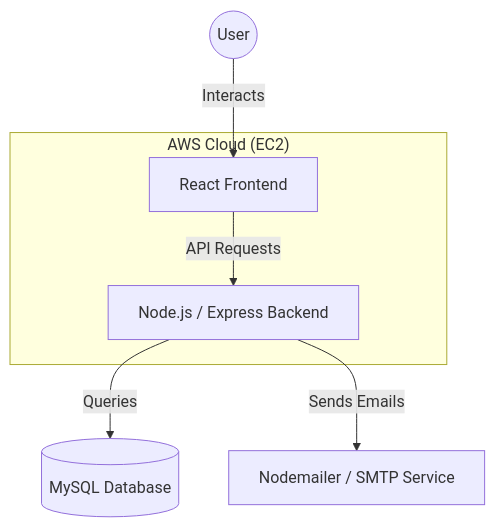
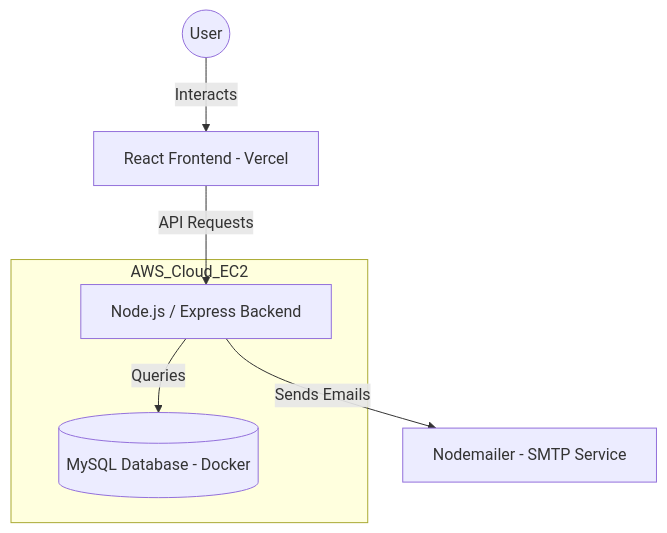
Before and after one commit to Kalash-Harchandani/calcom-scheduling-platform: the diagram in README.md, drawn with Mermaid. The commit also changed other lines of this file, not shown here.

````diff
--- a/README.md
+++ b/README.md
@@ -35,12 +36,13 @@
 ```mermaid
 graph TD
-    User((User)) -->|Interacts| Client[React Frontend]
+    User((User)) -->|Interacts| Client[React Frontend - Vercel]
     Client -->|API Requests| API[Node.js / Express Backend]
-    API -->|Queries| DB[(MySQL Database)]
-    API -->|Sends Emails| SMTP[Nodemailer / SMTP Service]
-    
-    subgraph "AWS Cloud (EC2)"
-        Client
+
+    subgraph AWS_Cloud_EC2
         API
+        DB[(MySQL Database - Docker)]
     end
+
+    API -->|Queries| DB
+    API -->|Sends Emails| SMTP[Nodemailer - SMTP Service]
 ```
````
